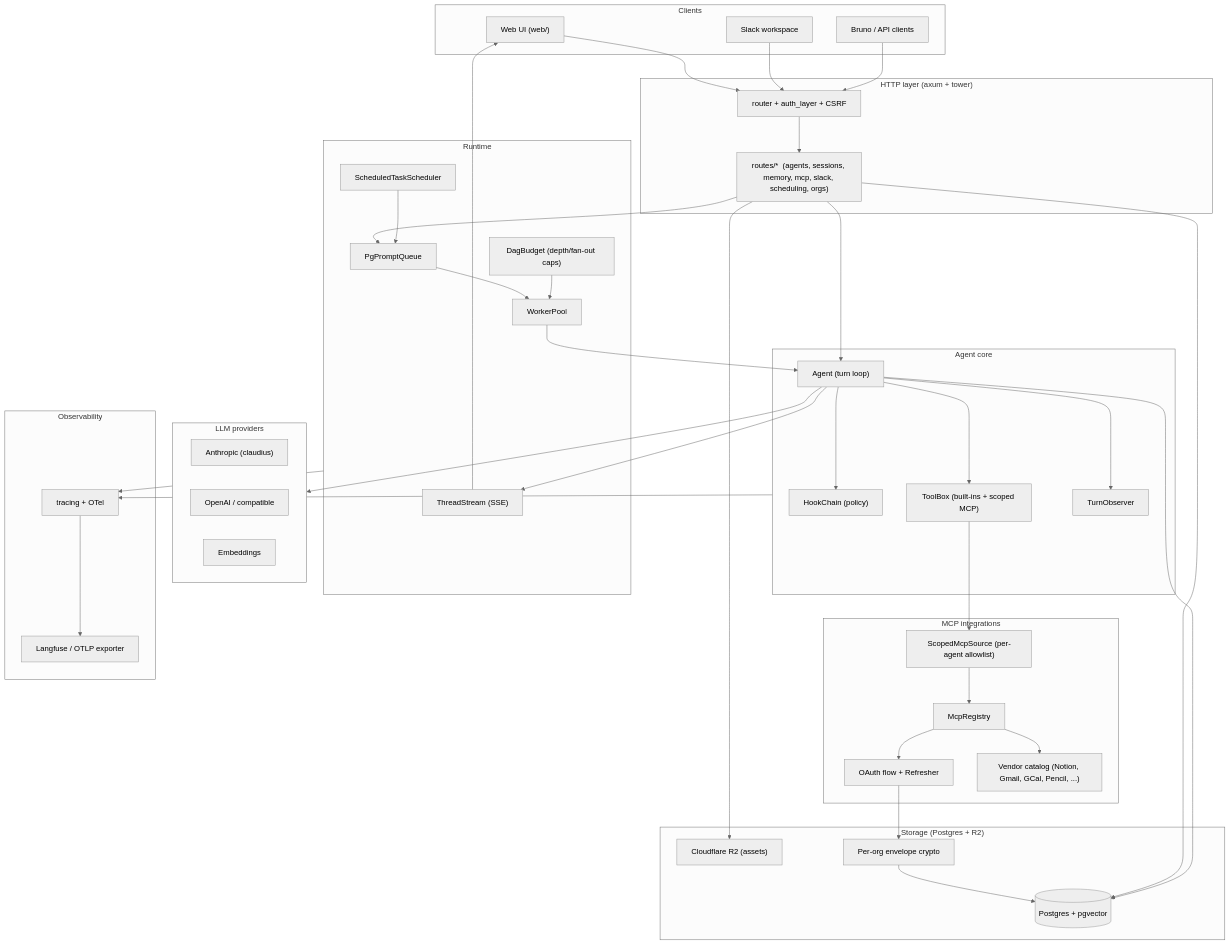
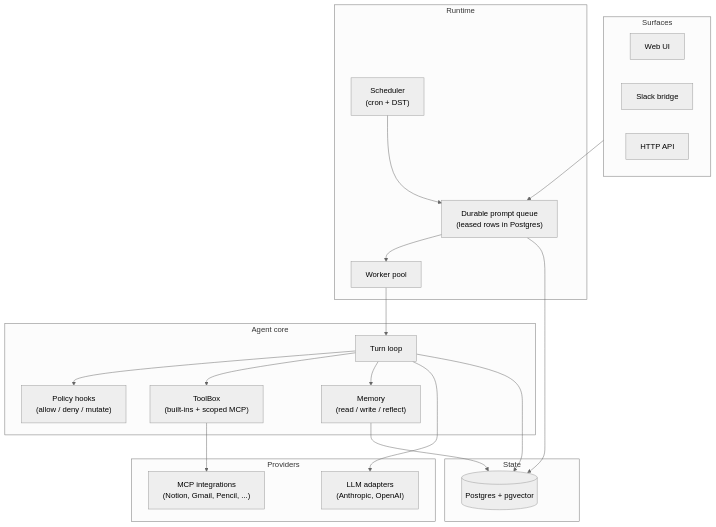
Before and after one commit to tomkapa/patom: the third of 3 diagrams in README.md, drawn with Mermaid (neutral theme). The commit also changed other lines of this file and 22 other files, not shown here.

First line of the commit message:
docs: consolidate doc/ around ARCHITECTURE.md and ADRs

````diff
--- a/README.md
+++ b/README.md
@@ -77,81 +124,43 @@
 ```mermaid
 flowchart TB
-    subgraph Clients["Clients"]
-        WEB["Web UI (web/)"]
-        SLACK["Slack workspace"]
-        BRUNO["Bruno / API clients"]
+    subgraph Surfaces["Surfaces"]
+        WEB["Web UI"]
+        SLACK["Slack bridge"]
+        API["HTTP API"]
     end
 
-    subgraph HTTP["HTTP layer (axum + tower)"]
-        ROUTER["router + auth_layer + CSRF"]
-        ROUTES["routes/*  (agents, sessions, memory, mcp, slack, scheduling, orgs)"]
+    subgraph Runtime["Runtime"]
+        QUEUE["Durable prompt queue<br/>(leased rows in Postgres)"]
+        WORKERS["Worker pool"]
+        SCHED["Scheduler<br/>(cron + DST)"]
     end
 
     subgraph Core["Agent core"]
-        AGENT["Agent (turn loop)"]
-        HOOK["HookChain (policy)"]
-        TOOLS["ToolBox (built-ins + scoped MCP)"]
-        OBSERVER["TurnObserver"]
+        AGENT["Turn loop"]
+        HOOKS["Policy hooks<br/>(allow / deny / mutate)"]
+        TOOLS["ToolBox<br/>(built-ins + scoped MCP)"]
+        MEMORY["Memory<br/>(read / write / reflect)"]
     end
 
-    subgraph Runtime["Runtime"]
-        QUEUE["PgPromptQueue"]
-        WORKERS["WorkerPool"]
-        DAG["DagBudget (depth/fan-out caps)"]
-        STREAM["ThreadStream (SSE)"]
-        SCHED["ScheduledTaskScheduler"]
+    subgraph Providers["Providers"]
+        LLM["LLM adapters<br/>(Anthropic, OpenAI)"]
+        MCP["MCP integrations<br/>(Notion, Gmail, Pencil, ...)"]
     end
 
-    subgraph Providers["LLM providers"]
-        ANTHROPIC["Anthropic (claudius)"]
-        OPENAI["OpenAI / compatible"]
-        EMBED["Embeddings"]
+    subgraph State["State"]
+        PG[("Postgres + pgvector")]
     end
 
-    subgraph MCP["MCP integrations"]
-        REG["McpRegistry"]
-        SCOPED["ScopedMcpSource (per-agent allowlist)"]
-        OAUTH["OAuth flow + Refresher"]
-        CATALOG["Vendor catalog (Notion, Gmail, GCal, Pencil, ...)"]
-    end
-
-    subgraph Storage["Storage (Postgres + R2)"]
-        PG[("Postgres + pgvector")]
-        R2["Cloudflare R2 (assets)"]
-        CRYPTO["Per-org envelope crypto"]
-    end
-
-    subgraph Obs["Observability"]
-        TRACE["tracing + OTel"]
-        LF["Langfuse / OTLP exporter"]
-    end
-
-    WEB --> ROUTER
-    SLACK --> ROUTER
-    BRUNO --> ROUTER
-    ROUTER --> ROUTES
-    ROUTES --> QUEUE
-    ROUTES --> AGENT
+    Surfaces --> QUEUE
+    SCHED --> QUEUE
     QUEUE --> WORKERS
-    SCHED --> QUEUE
     WORKERS --> AGENT
-    AGENT --> HOOK
+    AGENT --> HOOKS
     AGENT --> TOOLS
-    AGENT --> OBSERVER
-    AGENT --> Providers
-    TOOLS --> SCOPED
-    SCOPED --> REG
-    REG --> CATALOG
-    REG --> OAUTH
-    OAUTH --> CRYPTO
-    CRYPTO --> PG
-    AGENT --> STREAM
-    STREAM --> WEB
-    DAG --> WORKERS
-    ROUTES --> PG
-    ROUTES --> R2
+    AGENT --> MEMORY
+    AGENT --> LLM
+    TOOLS --> MCP
     AGENT --> PG
-    Core --> TRACE
-    Runtime --> TRACE
-    TRACE --> LF
+    MEMORY --> PG
+    QUEUE --> PG
 ```
````
